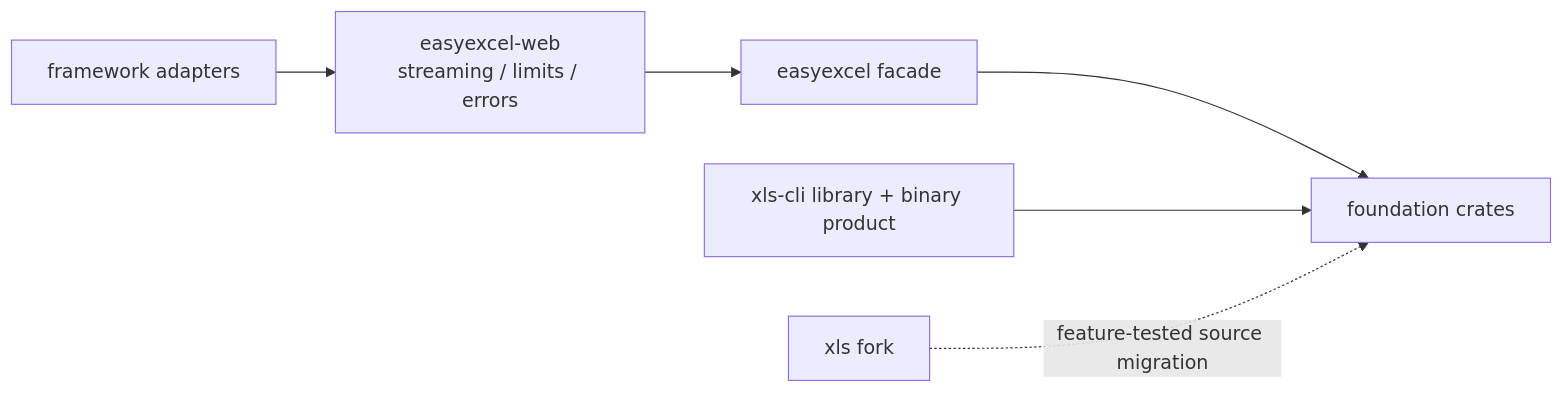
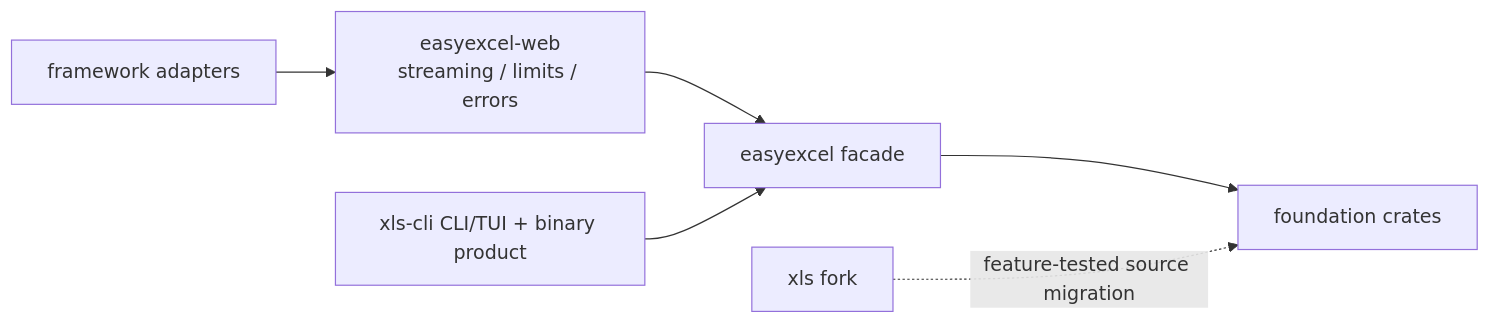
One commit to easy-4-rust/easyexcel-rust changed the first of 3 diagrams in docs/ARCHITECTURE.md. Above: the diagram before and after it, drawn with Mermaid. The commit also changed other lines of this file and 66 other files, not shown here.

````diff
--- a/docs/ARCHITECTURE.md
+++ b/docs/ARCHITECTURE.md
@@ -36,8 +37,8 @@
 ```mermaid
 flowchart LR
     Facade["easyexcel facade"] --> Foundation["foundation crates"]
     Web["easyexcel-web<br/>streaming / limits / errors"] --> Facade
     Adapter["framework adapters"] --> Web
-    Product["xls-cli library + binary product"] --> Foundation
+    Product["xls-cli CLI/TUI + binary product"] --> Facade
     Fork["xls fork"] -. "feature-tested source migration" .-> Foundation
 ```
````
